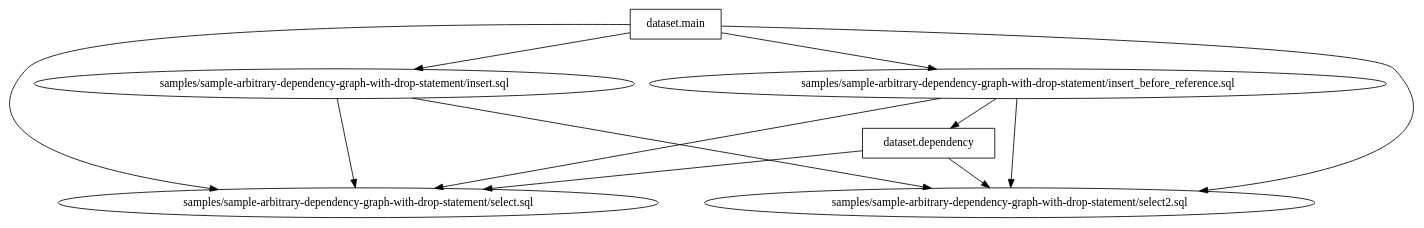
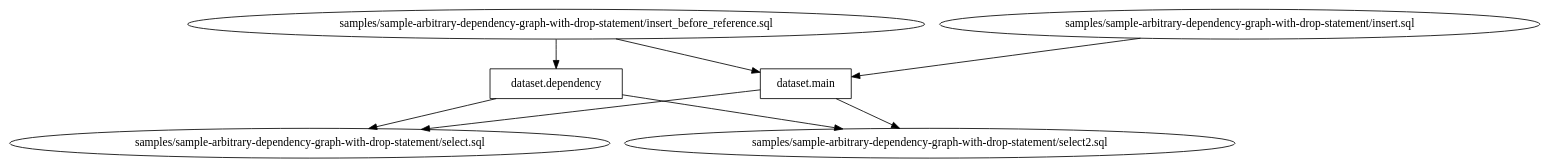
The diagram in samples/sample-arbitrary-dependency-graph-with-drop-statement/side_effect_first_with_tables/dag.dot (Matts966/alphasql), drawn with Graphviz before and after one commit. The commit also changed 8 other files, not shown here.

```diff
--- a/samples/sample-arbitrary-dependency-graph-with-drop-statement/side_effect_first_with_tables/dag.dot
+++ b/samples/sample-arbitrary-dependency-graph-with-drop-statement/side_effect_first_with_tables/dag.dot
@@ -1,19 +1,15 @@
 digraph G {
 0 [label="samples/sample-arbitrary-dependency-graph-with-drop-statement/insert.sql", shape="", type=query];
 1 [label="samples/sample-arbitrary-dependency-graph-with-drop-statement/insert_before_reference.sql", shape="", type=query];
 2 [label="samples/sample-arbitrary-dependency-graph-with-drop-statement/select.sql", shape="", type=query];
 3 [label="samples/sample-arbitrary-dependency-graph-with-drop-statement/select2.sql", shape="", type=query];
 4 [label="dataset.dependency", shape=box, type=table];
 5 [label="dataset.main", shape=box, type=table];
-0->2 ;
-0->3 ;
+0->5 ;
 1->4 ;
-1->2 ;
-1->3 ;
+1->5 ;
 4->2 ;
 4->3 ;
-5->0 ;
-5->1 ;
 5->2 ;
 5->3 ;
 }
```
